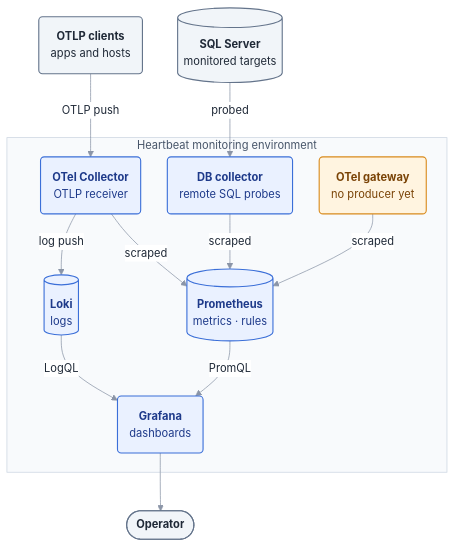
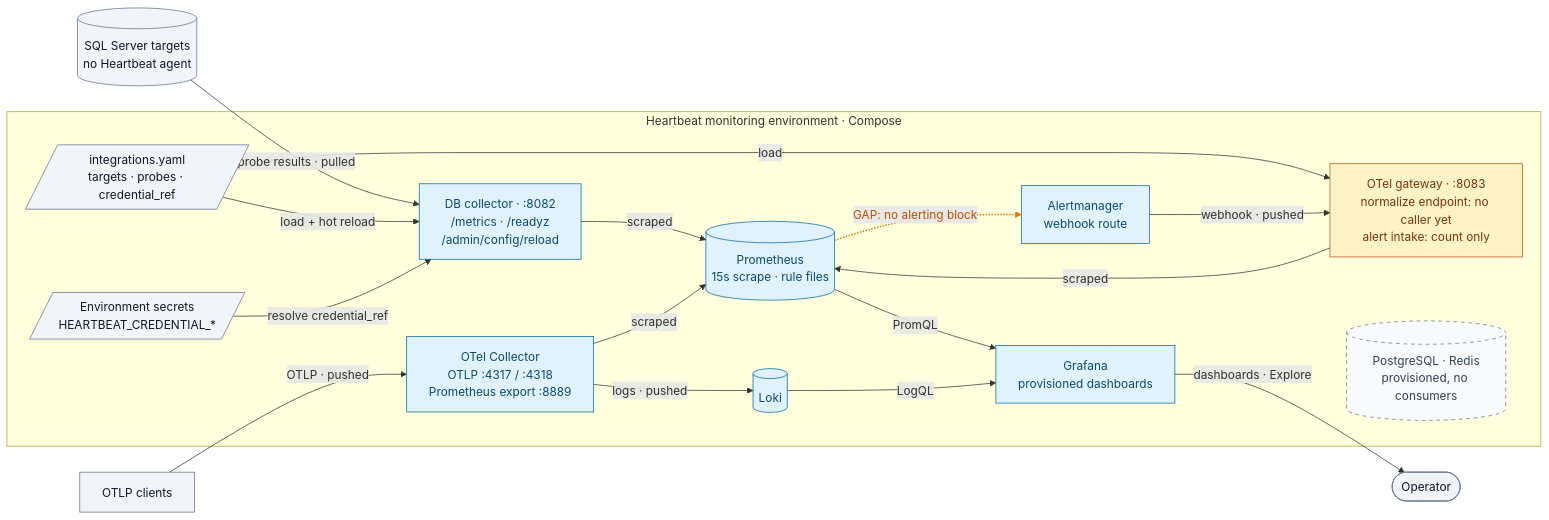
Before and after one commit to gdpais/Heartbeat: the first of 2 diagrams in docs/architecture/overview.md, drawn with Mermaid. The commit also changed other lines of this file, not shown here.

First line of the commit message:
docs: use first-draft architecture diagrams in overview

````diff
--- a/docs/architecture/overview.md
+++ b/docs/architecture/overview.md
@@ -44,35 +22,45 @@
 ```mermaid
-%%{init: {"theme": "base", "fontFamily": "Inter, system-ui, -apple-system, Segoe UI, Helvetica, Arial, sans-serif", "themeVariables": {"fontFamily": "Inter, system-ui, -apple-system, Segoe UI, Helvetica, Arial, sans-serif", "fontSize": "15px", "lineColor": "#8b95a7", "primaryTextColor": "#1f2937", "clusterBkg": "#f8fafc", "clusterBorder": "#cbd5e1", "titleColor": "#475569", "edgeLabelBackground": "#ffffff"}, "flowchart": {"curve": "basis", "nodeSpacing": 36, "rankSpacing": 52, "padding": 16}}}%%
-flowchart TB
-    sql[("<b>SQL Server</b><br/>monitored targets")]
-    otlp("<b>OTLP clients</b><br/>apps and hosts")
+flowchart LR
+    sql[("SQL Server targets<br/>no Heartbeat agent")]
+    otlp["OTLP clients"]
 
-    subgraph env["Heartbeat monitoring environment"]
-        db("<b>DB collector</b><br/>remote SQL probes")
-        otel("<b>OTel Collector</b><br/>OTLP receiver")
-        gateway("<b>OTel gateway</b><br/>no producer yet")
-        prom[("<b>Prometheus</b><br/>metrics · rules")]
-        loki[("<b>Loki</b><br/>logs")]
-        grafana("<b>Grafana</b><br/>dashboards")
+    subgraph env["Heartbeat monitoring environment · Compose"]
+        config[/"integrations.yaml<br/>targets · probes · credential_ref"/]
+        secrets[/"Environment secrets<br/>HEARTBEAT_CREDENTIAL_*"/]
+        db["DB collector · :8082<br/>/metrics · /readyz<br/>/admin/config/reload"]
+        otel["OTel Collector<br/>OTLP :4317 / :4318<br/>Prometheus export :8889"]
+        gateway["OTel gateway · :8083<br/>normalize endpoint: no caller yet<br/>alert intake: count only"]
+        prom[("Prometheus<br/>15s scrape · rule files")]
+        loki[("Loki")]
+        am["Alertmanager<br/>webhook route"]
+        grafana["Grafana<br/>provisioned dashboards"]
+        idle[("PostgreSQL · Redis<br/>provisioned, no consumers")]
     end
 
-    operator(["<b>Operator</b>"])
+    operator(["Operator"])
 
-    sql -->|probed| db
-    otlp -->|OTLP push| otel
-    db -->|scraped| prom
-    otel -->|scraped| prom
-    gateway -->|scraped| prom
-    otel -->|log push| loki
-    prom -->|PromQL| grafana
-    loki -->|LogQL| grafana
-    grafana --> operator
+    sql -->|"probe results · pulled"| db
+    otlp -->|"OTLP · pushed"| otel
+    config -->|"load + hot reload"| db
+    config -->|"load"| gateway
+    secrets -->|"resolve credential_ref"| db
+    db -->|"scraped"| prom
+    otel -->|"scraped"| prom
+    gateway -->|"scraped"| prom
+    otel -->|"logs · pushed"| loki
+    prom -.->|"GAP: no alerting block"| am
+    am -->|"webhook · pushed"| gateway
+    prom -->|"PromQL"| grafana
+    loki -->|"LogQL"| grafana
+    grafana -->|"dashboards · Explore"| operator
 
-    classDef ok fill:#eaf1ff,stroke:#3b6fd8,stroke-width:1.5px,color:#1e3a8a
-    classDef partial fill:#fff4e0,stroke:#d98a1c,stroke-width:1.5px,color:#7a4306
-    classDef planned fill:#ffffff,stroke:#94a3b8,stroke-width:1.5px,stroke-dasharray:6 4,color:#475569
-    classDef ext fill:#f1f5f9,stroke:#64748b,stroke-width:1.5px,color:#1f2937
-    class db,otel,prom,loki,grafana ok
+    classDef ok fill:#e0f2fe,stroke:#0369a1,color:#0c4a6e
+    classDef partial fill:#fef3c7,stroke:#b45309,color:#78350f
+    classDef idle fill:#f8fafc,stroke:#64748b,color:#334155,stroke-dasharray:5 5
+    classDef external fill:#f1f5f9,stroke:#64748b,color:#0f172a
+    class db,otel,prom,loki,am,grafana ok
     class gateway partial
-    class sql,otlp,operator ext
+    class idle idle
+    class sql,otlp,config,secrets,operator external
+    linkStyle 9 stroke:#d97706,stroke-width:2px,color:#b45309
 ```
````
